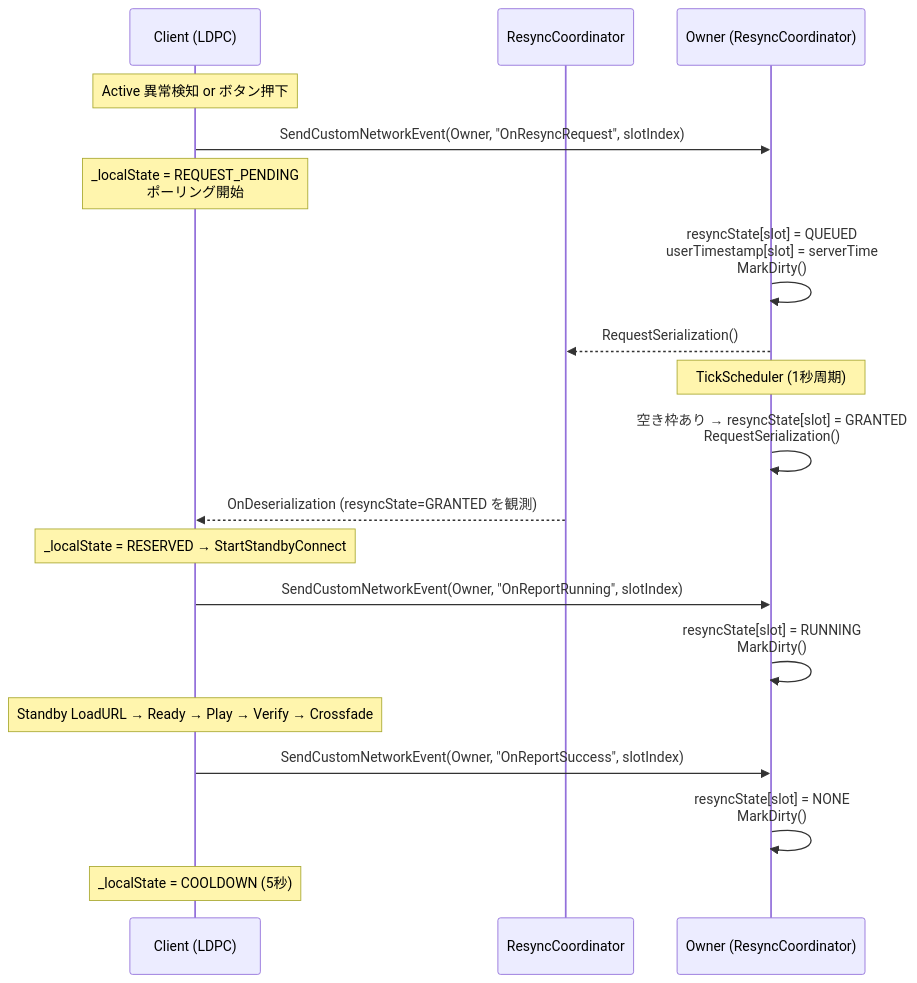
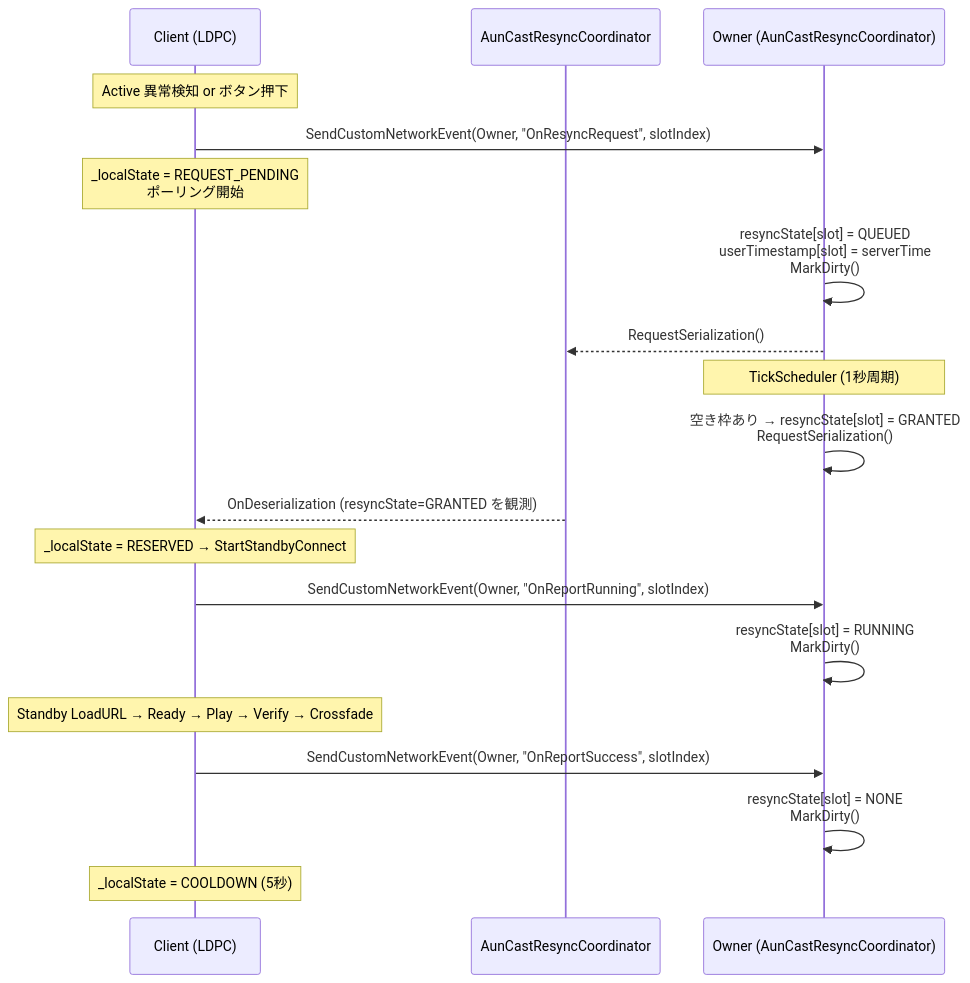
The first of 6 diagrams in Docs/Resync-Owner-Centric-Sequences.md (pasocommate/AunCast), drawn with Mermaid before and after one commit. The commit also changed other lines of this file and 9 other files, not shown here.

````diff
--- a/Docs/Resync-Owner-Centric-Sequences.md
+++ b/Docs/Resync-Owner-Centric-Sequences.md
@@ -8,29 +8,29 @@
 ```mermaid
 sequenceDiagram
     participant C as Client (LDPC)
-    participant R as ResyncCoordinator
-    participant O as Owner (ResyncCoordinator)
+    participant R as AunCastResyncCoordinator
+    participant O as Owner (AunCastResyncCoordinator)
 
     Note over C: Active 異常検知 or ボタン押下
 
     C->>O: SendCustomNetworkEvent(Owner, "OnResyncRequest", slotIndex)
     Note over C: _localState = REQUEST_PENDING<br/>ポーリング開始
 
     O->>O: resyncState[slot] = QUEUED<br/>userTimestamp[slot] = serverTime<br/>MarkDirty()
     O-->>R: RequestSerialization()
 
     Note over O: TickScheduler (1秒周期)
     O->>O: 空き枠あり → resyncState[slot] = GRANTED<br/>RequestSerialization()
 
     R-->>C: OnDeserialization (resyncState=GRANTED を観測)
     Note over C: _localState = RESERVED → StartStandbyConnect
 
     C->>O: SendCustomNetworkEvent(Owner, "OnReportRunning", slotIndex)
     O->>O: resyncState[slot] = RUNNING<br/>MarkDirty()
 
     Note over C: Standby LoadURL → Ready → Play → Verify → Crossfade
 
     C->>O: SendCustomNetworkEvent(Owner, "OnReportSuccess", slotIndex)
     O->>O: resyncState[slot] = NONE<br/>MarkDirty()
     Note over C: _localState = COOLDOWN (5秒)
 ```
````
